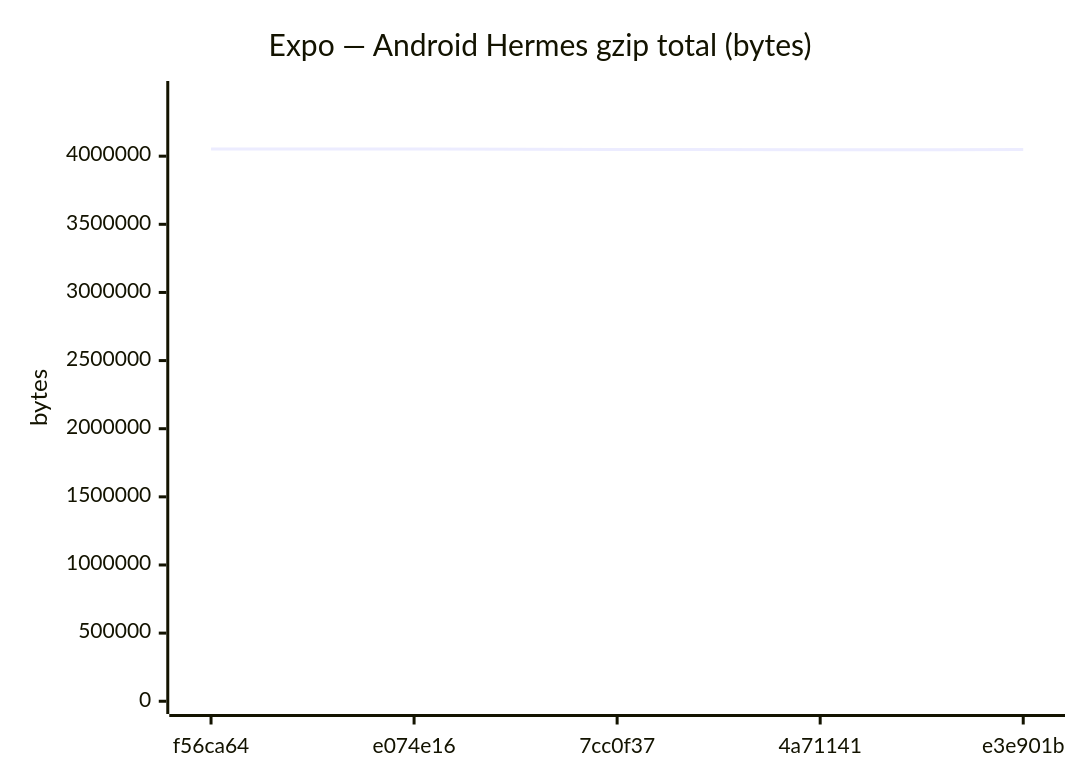
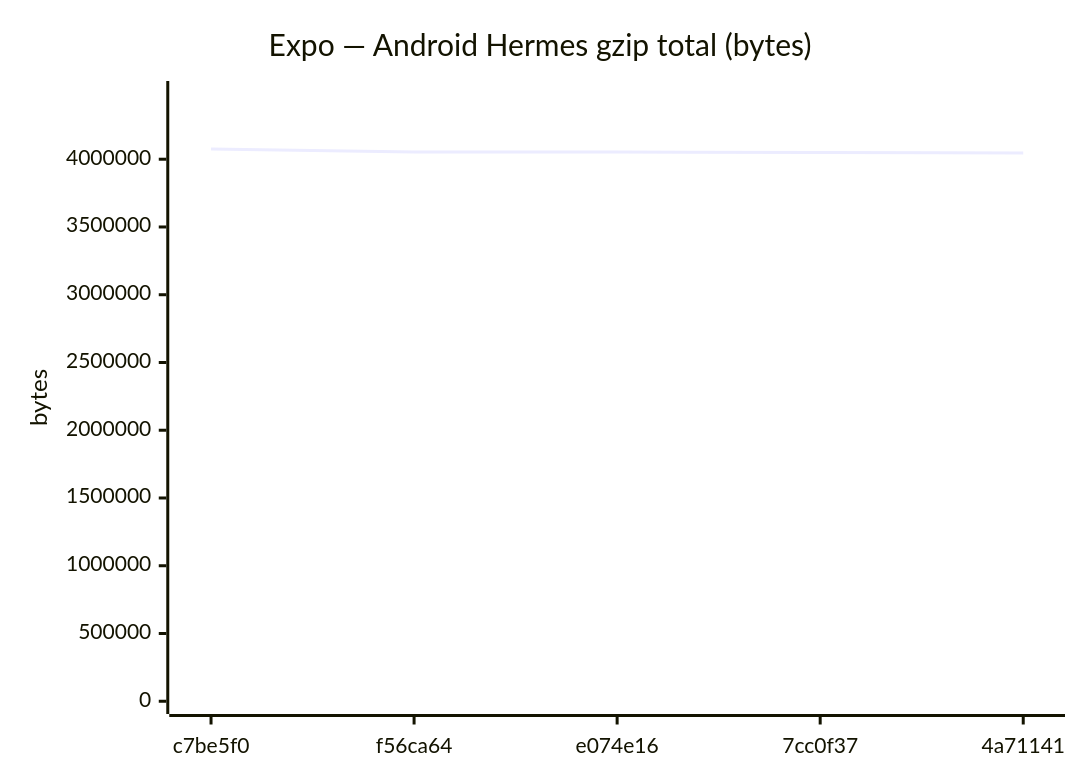
Diagram 11 of 18 in benchmarks/compare.md (Metaheurist/Rianell), drawn with Mermaid before and after one commit. The commit also changed other lines of this file and 11 other files, not shown here.

````diff
--- a/benchmarks/compare.md
+++ b/benchmarks/compare.md
@@ -172,7 +172,7 @@
 ```mermaid
 xychart-beta
     title "Expo — Android Hermes gzip total (bytes)"
-    x-axis ["f56ca64", "e074e16", "7cc0f37", "4a71141", "e3e901b"]
-    y-axis "bytes" 0 --> 4458104
-    line [4052821, 4052813, 4049448, 4046554, 4048091]
+    x-axis ["c7be5f0", "f56ca64", "e074e16", "7cc0f37", "4a71141"]
+    y-axis "bytes" 0 --> 4483141
+    line [4075582, 4052821, 4052813, 4049448, 4046554]
 ```
````
